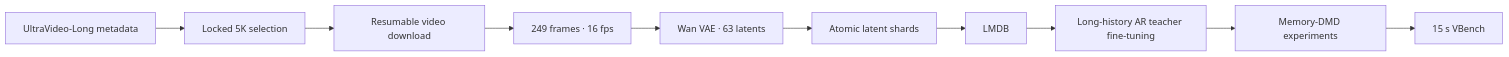
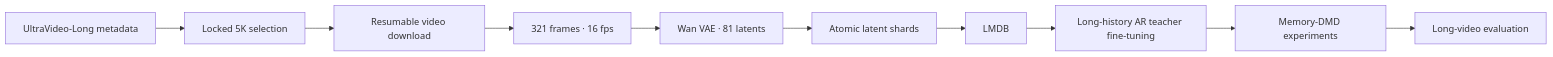
One commit to Chengzhi-W/LongVideo changed the diagram in README.md. Above: the diagram before and after it, drawn with Mermaid. The commit also changed other lines of this file and 13 other files, not shown here.

````diff
--- a/README.md
+++ b/README.md
@@ -115,12 +115,12 @@
 ```mermaid
 flowchart LR
     A["UltraVideo-Long metadata"] --> B["Locked 5K selection"]
     B --> C["Resumable video download"]
-    C --> D["249 frames · 16 fps"]
-    D --> E["Wan VAE · 63 latents"]
+    C --> D["321 frames · 16 fps"]
+    D --> E["Wan VAE · 81 latents"]
     E --> F["Atomic latent shards"]
     F --> G["LMDB"]
     G --> H["Long-history AR teacher fine-tuning"]
     H --> I["Memory-DMD experiments"]
-    I --> J["15 s VBench"]
+    I --> J["Long-video evaluation"]
 ```
````
